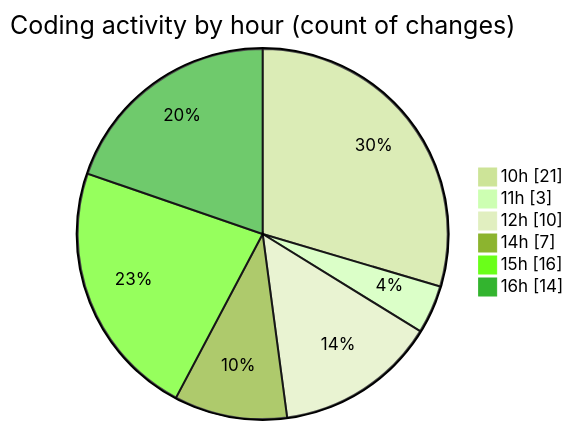
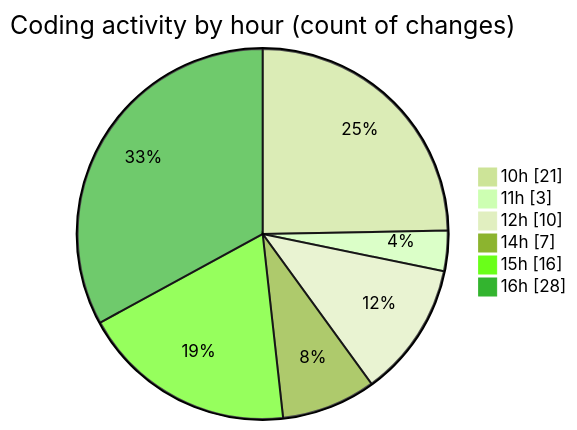
The second of 2 diagrams in 2026-03-17/cda/README.md (momahboobian/code-tracking), drawn with Mermaid (forest theme) before and after one commit. The commit also changed other lines of this file and 1 other file, not shown here.

````diff
--- a/2026-03-17/cda/README.md
+++ b/2026-03-17/cda/README.md
@@ -48,10 +50,10 @@
 ```mermaid
 pie showData
 title Coding activity by hour (count of changes)
 "10h" : 21
 "11h" : 3
 "12h" : 10
 "14h" : 7
 "15h" : 16
-"16h" : 14
+"16h" : 28
 ```
````
